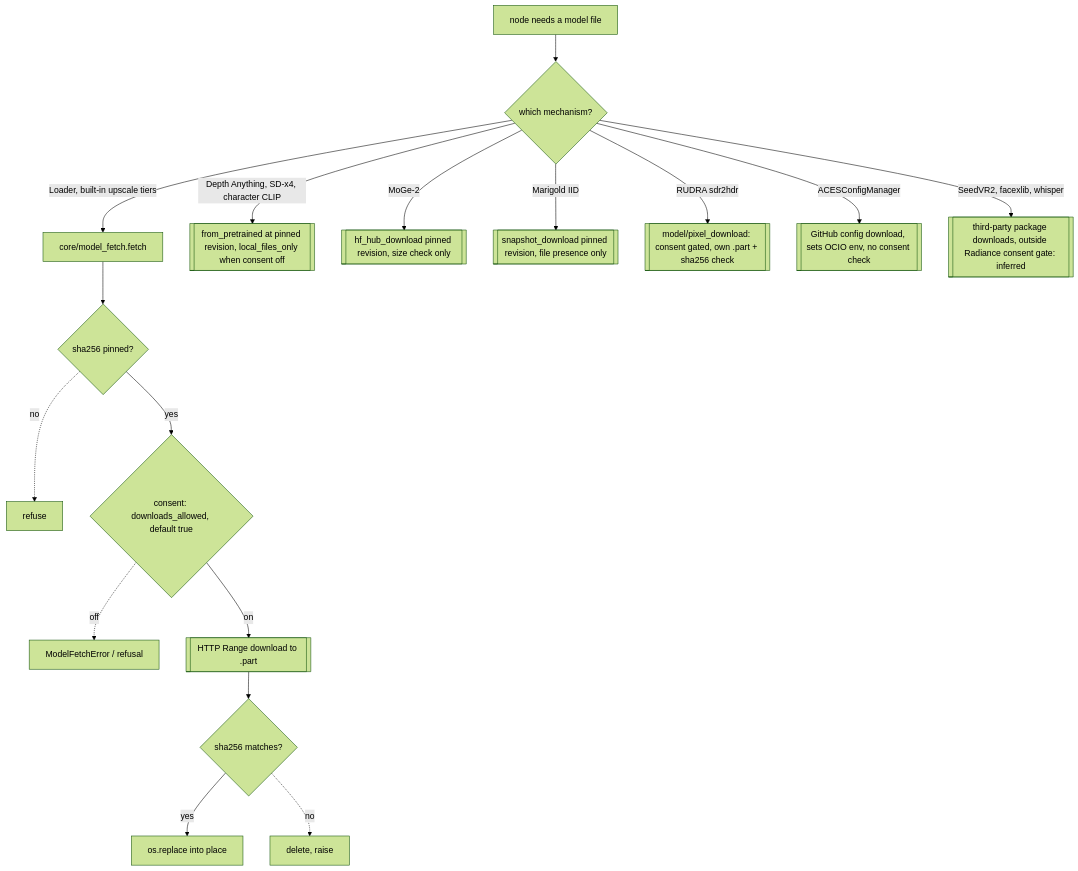
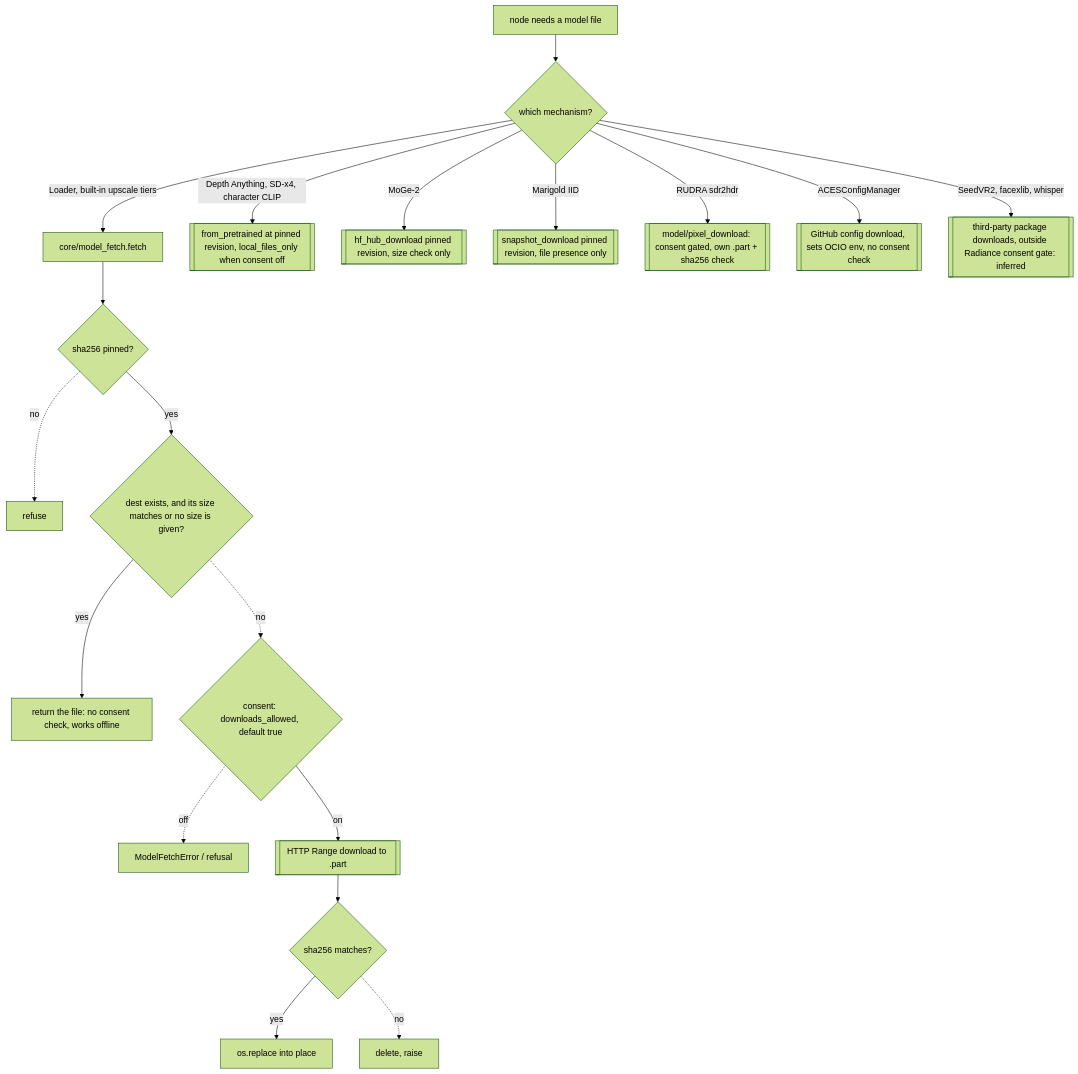
One commit to FXTD-Studios/radiance changed the diagram in docs/ai/diagrams/flows/model-download.mmd. Above: the diagram before and after it, drawn with Mermaid (forest theme). The commit also changed 6 other files, not shown here.

```diff
--- a/docs/ai/diagrams/flows/model-download.mmd
+++ b/docs/ai/diagrams/flows/model-download.mmd
@@ -1,22 +1,24 @@
 %% project-mapper:generated, static-analysis map (not a runtime trace), revision 7376f9e
 %% Legend: solid arrow = implemented call or data flow; dashed arrow = conditional or failure path;
 %% edge text "inferred" = not fully traced; [[ ]] = external process, service, or network
 %% Workflow W8 plus other download mechanisms. Source: loader_utils.py, core/model_fetch.py, core/consent.py,
 %% nodes/vfx/depth.py, nodes/vfx/multipass/estimate_models.py, model/pixel_download.py, hdr/ocio.py, nodes/pipeline/audio.py
 flowchart TD
     need["node needs a model file"] --> mech{"which mechanism?"}
     mech -->|"Loader, built-in upscale tiers"| f0["core/model_fetch.fetch"]
     f0 --> f1{"sha256 pinned?"}
     f1 -.->|"no"| frefuse["refuse"]
-    f1 -->|"yes"| f2{"consent: downloads_allowed, default true"}
+    f1 -->|"yes"| fe{"dest exists, and its size matches or no size is given?"}
+    fe -->|"yes"| fret["return the file: no consent check, works offline"]
+    fe -.->|"no"| f2{"consent: downloads_allowed, default true"}
     f2 -.->|"off"| frefuse2["ModelFetchError / refusal"]
     f2 -->|"on"| f3[["HTTP Range download to .part"]]
     f3 --> f4{"sha256 matches?"}
     f4 -->|"yes"| f5["os.replace into place"]
     f4 -.->|"no"| frefuse3["delete, raise"]
     mech -->|"Depth Anything, SD-x4, character CLIP"| hf1[["from_pretrained at pinned revision, local_files_only when consent off"]]
     mech -->|"MoGe-2"| hf2[["hf_hub_download pinned revision, size check only"]]
     mech -->|"Marigold IID"| hf3[["snapshot_download pinned revision, file presence only"]]
     mech -->|"RUDRA sdr2hdr"| pd[["model/pixel_download: consent gated, own .part + sha256 check"]]
     mech -->|"ACESConfigManager"| oc[["GitHub config download, sets OCIO env, no consent check"]]
     mech -->|"SeedVR2, facexlib, whisper"| ext[["third-party package downloads, outside Radiance consent gate: inferred"]]
```
